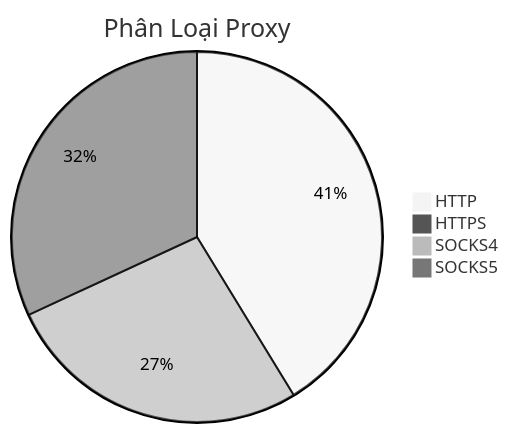
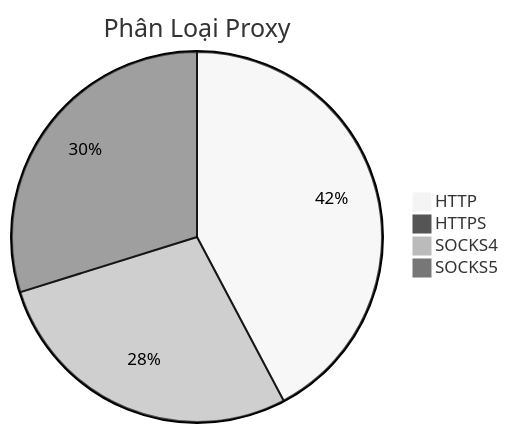
Before and after one commit to Ciara-12/PROXY-free: the diagram in README.md, drawn with Mermaid (neutral theme). The commit also changed other lines of this file and 4 other files, not shown here.

````diff
--- a/README.md
+++ b/README.md
@@ -26,7 +26,7 @@
 ```mermaid
 pie title Phân Loại Proxy
-    "HTTP" : 489
+    "HTTP" : 540
     "HTTPS" : 1
-    "SOCKS4" : 318
-    "SOCKS5" : 378
+    "SOCKS4" : 357
+    "SOCKS5" : 381
 ```
````
